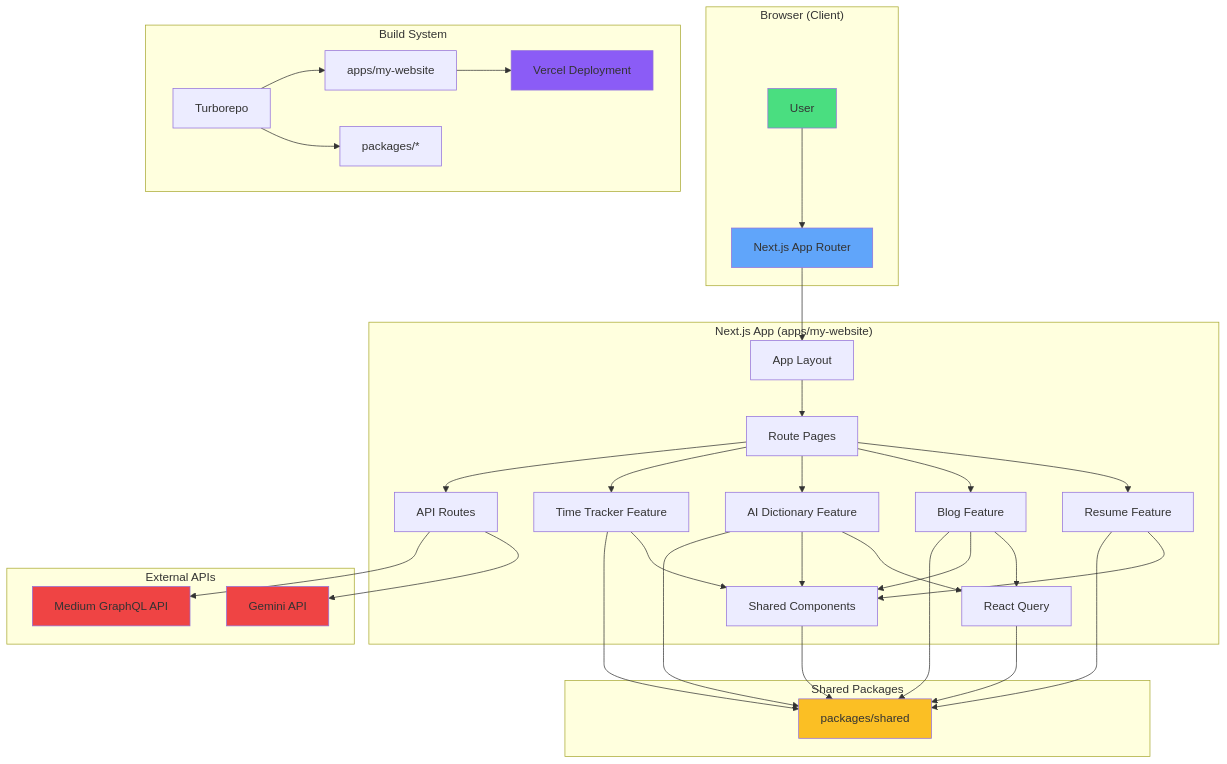
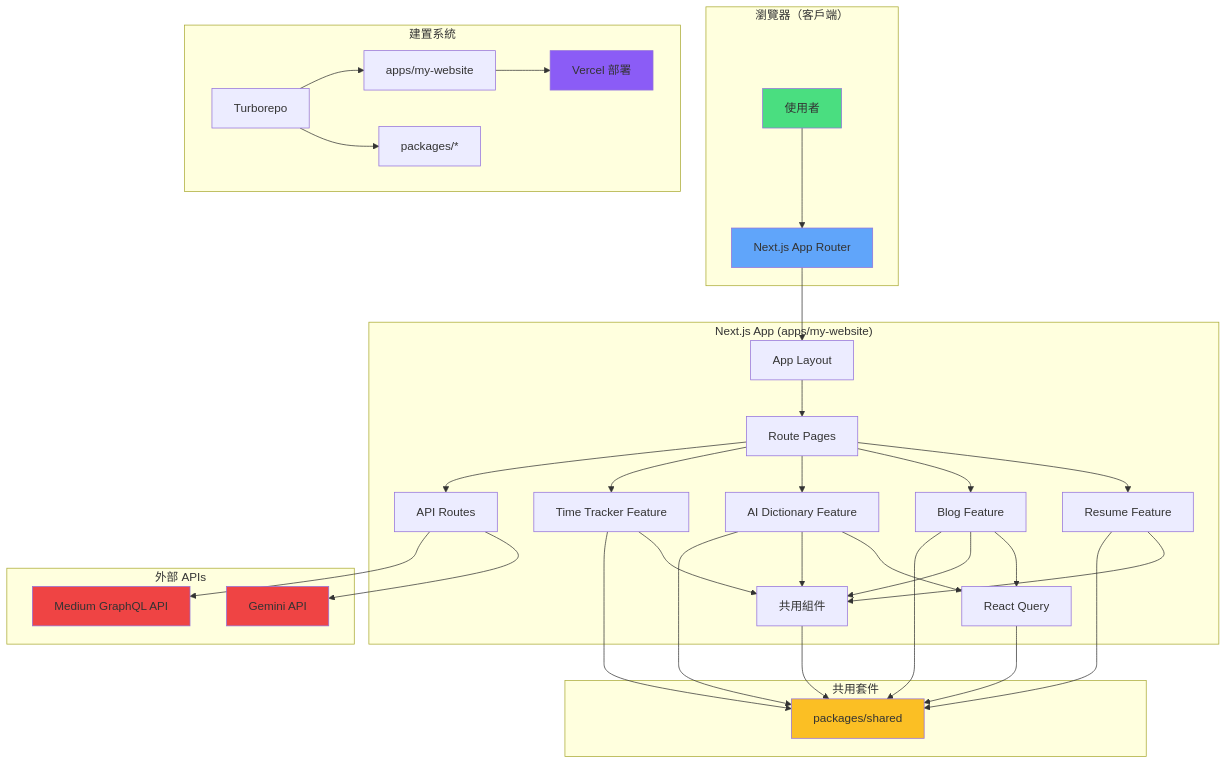
The seventh of 11 diagrams in docs/reference/architecture.md (u88803494/my-website), drawn with Mermaid before and after one commit. The commit also changed other lines of this file and 6 other files, not shown here.

````diff
--- a/docs/reference/architecture.md
+++ b/docs/reference/architecture.md
@@ -1784,52 +1784,52 @@
 ```mermaid
 graph TD
-    subgraph "Browser (Client)"
-        A[User] --> B[Next.js App Router]
+    subgraph "瀏覽器（客戶端）"
+        A[使用者] --> B[Next.js App Router]
     end
 
     subgraph "Next.js App (apps/my-website)"
         B --> C[App Layout]
         C --> D[Route Pages]
         D --> E1[Resume Feature]
         D --> E2[Blog Feature]
         D --> E3[AI Dictionary Feature]
         D --> E4[Time Tracker Feature]
 
         E2 --> F[React Query]
         E3 --> F
 
-        E1 --> G[Shared Components]
+        E1 --> G[共用組件]
         E2 --> G
         E3 --> G
         E4 --> G
 
         D --> H[API Routes]
     end
 
-    subgraph "Shared Packages"
+    subgraph "共用套件"
         G --> I[packages/shared]
         F --> I
         E1 --> I
         E2 --> I
         E3 --> I
         E4 --> I
     end
 
-    subgraph "External APIs"
+    subgraph "外部 APIs"
         H --> J[Gemini API]
         H --> K[Medium GraphQL API]
     end
 
-    subgraph "Build System"
+    subgraph "建置系統"
         L[Turborepo] --> M[apps/my-website]
         L --> N[packages/*]
-        M --> O[Vercel Deployment]
+        M --> O[Vercel 部署]
     end
 
     style A fill:#4ade80
     style B fill:#60a5fa
     style I fill:#fbbf24
     style J fill:#ef4444
     style K fill:#ef4444
     style O fill:#8b5cf6
 ```
````
